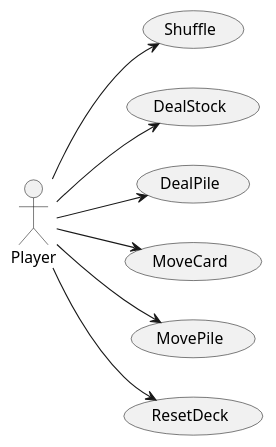
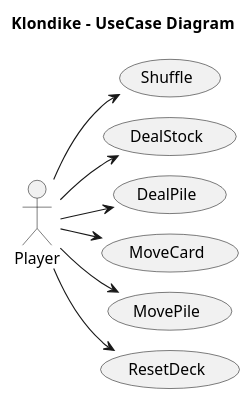
One commit to AngelOS95P/Maestria_IngSoftware_grupo6 changed the diagram in 2 Modelo de vistas de caso de uso/Actores y casos de uso.plantuml. Above: the diagram before and after it, drawn with PlantUML. The commit also changed 3 other files, not shown here.

```diff
--- a/2 Modelo de vistas de caso de uso/Actores y casos de uso.plantuml
+++ b/2 Modelo de vistas de caso de uso/Actores y casos de uso.plantuml
@@ -1,18 +1,21 @@
-@startuml diagrama de Actores y casos de uso
+@startuml ActorsDiagram
+!pragma layout smetana
+title Klondike  - UseCase Diagram
+
 left to right direction
 
 actor Player
 usecase Shuffle
 usecase DealStock
 usecase DealPile
 usecase MoveCard
 usecase MovePile
 usecase ResetDeck
 
 Player --> Shuffle
 Player --> DealStock
 Player --> DealPile
 Player --> MoveCard
 Player --> MovePile
 Player --> ResetDeck
 @enduml
```
